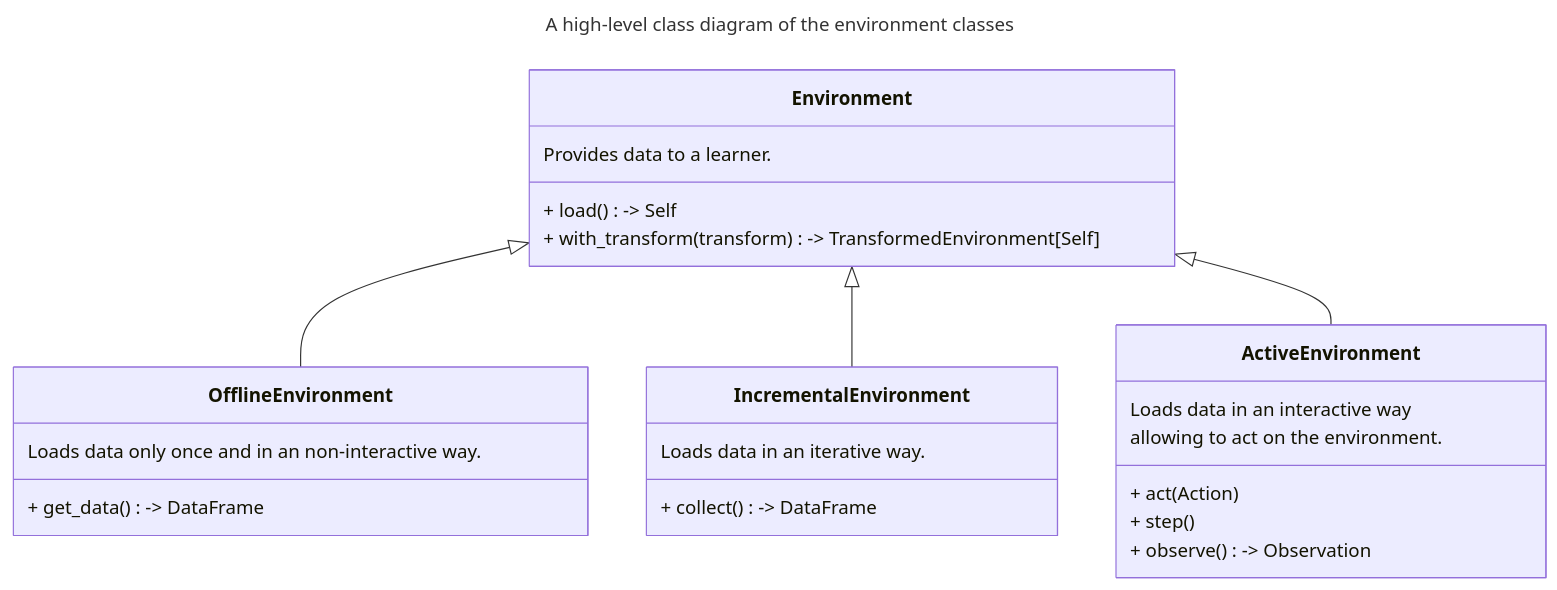
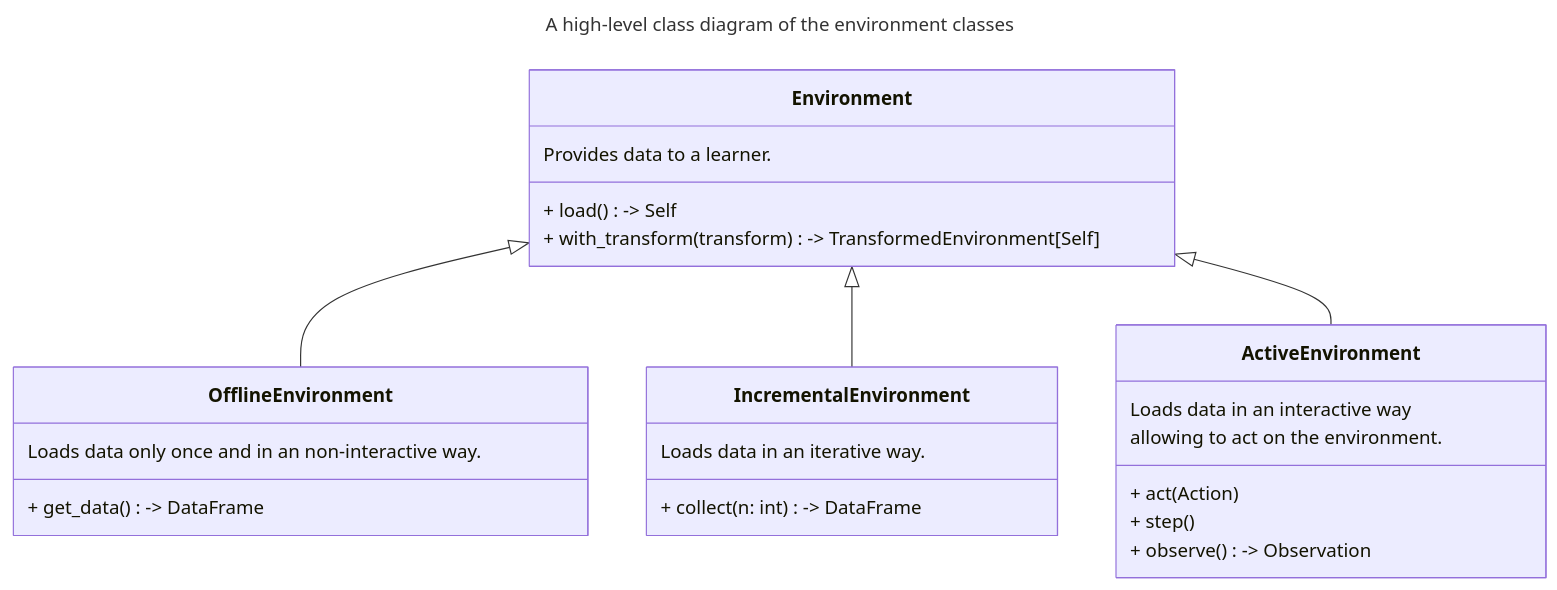
One commit to flowcean/flowcean changed the diagram in docs/user_guide/environment.md. Above: the diagram before and after it, drawn with Mermaid.

Commit message:
Update User Guide Environment

````diff
--- a/docs/user_guide/environment.md
+++ b/docs/user_guide/environment.md
@@ -15,30 +15,30 @@
 ``` mermaid
 ---
 title: A high-level class diagram of the environment classes
 --- 
 classDiagram
   Environment <|-- OfflineEnvironment
   Environment <|-- IncrementalEnvironment
   Environment <|-- ActiveEnvironment
   
   class Environment{
     Provides data to a learner.
     + load() -> Self
     + with_transform(transform) -> TransformedEnvironment[Self]
   }
   class IncrementalEnvironment{
     Loads data in an iterative way. 
-    + collect() -> DataFrame
+    + collect(n: int) -> DataFrame
   }
   class OfflineEnvironment{
     Loads data only once and in an non-interactive way. 
     + get_data() -> DataFrame
   }
   class ActiveEnvironment{
     Loads data in an interactive way
     allowing to act on the environment. 
     + act(Action)
     + step()
     + observe() -> Observation
   }
 ```
````
